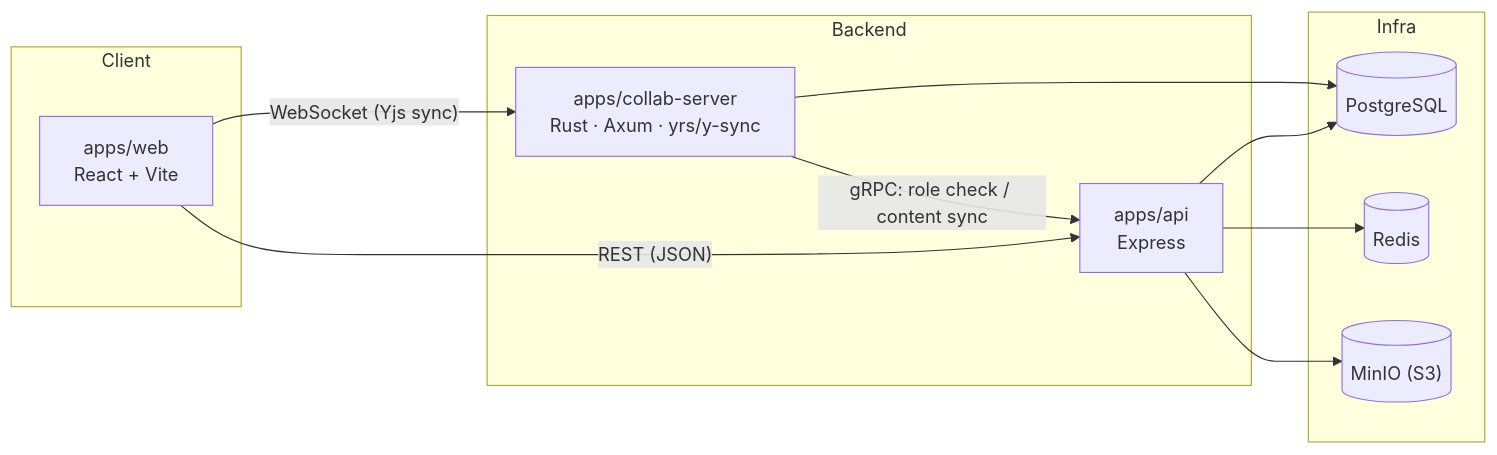
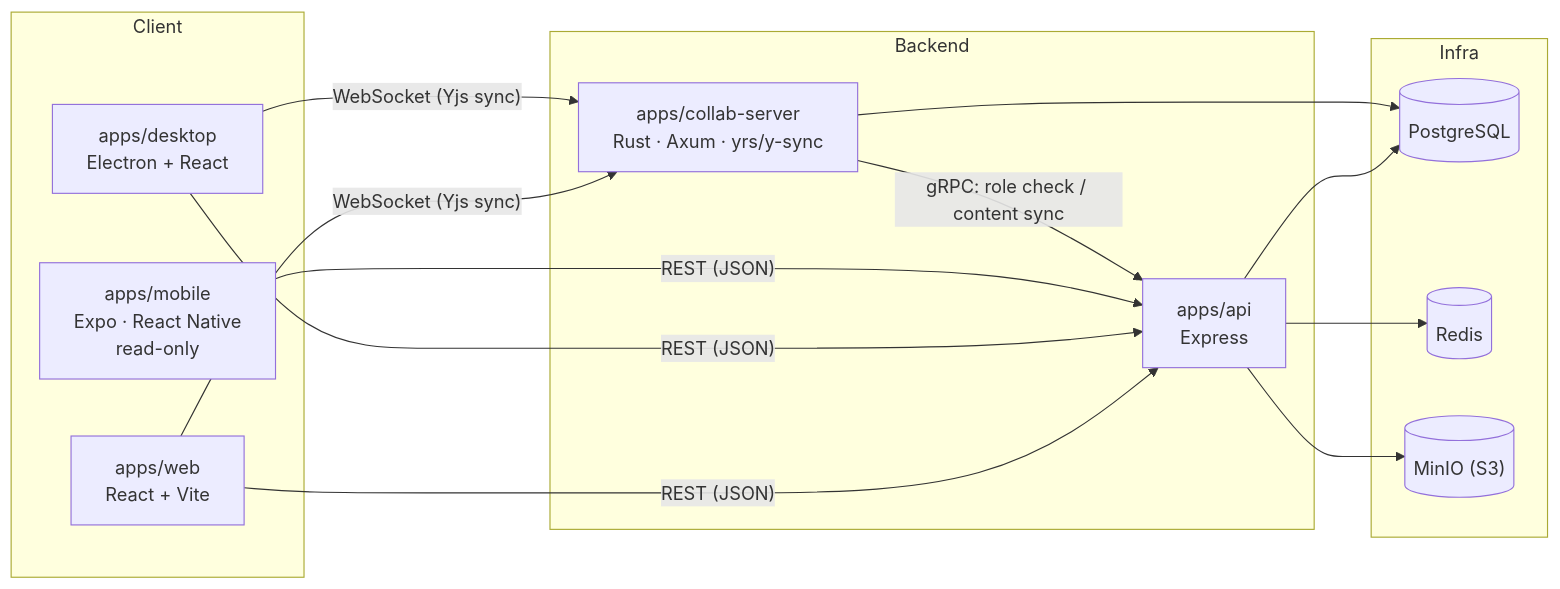
Before and after one commit to lhx-space/infra-docs: the diagram in README.md, drawn with Mermaid. The commit also changed other lines of this file and 64 other files, not shown here.

First line of the commit message:
feat(mobile): 落地 Expo 只读浏览客户端与配套后端支持

````diff
--- a/README.md
+++ b/README.md
@@ -23,26 +24,31 @@
 ```mermaid
 flowchart LR
     subgraph Client
         web["apps/web<br/>React + Vite"]
+        desktop["apps/desktop<br/>Electron + React"]
+        mobile["apps/mobile<br/>Expo · React Native<br/>read-only"]
     end
 
     subgraph Backend
         api["apps/api<br/>Express"]
         collab["apps/collab-server<br/>Rust · Axum · yrs/y-sync"]
     end
 
     subgraph Infra
         pg[("PostgreSQL")]
         redis[("Redis")]
         minio[("MinIO (S3)")]
     end
 
     web -- "REST (JSON)" --> api
+    desktop -- "REST (JSON)" --> api
+    mobile -- "REST (JSON)" --> api
     web -- "WebSocket (Yjs sync)" --> collab
+    desktop -- "WebSocket (Yjs sync)" --> collab
     collab -- "gRPC: role check / content sync" --> api
 
     api --> pg
     api --> redis
     api --> minio
     collab --> pg
 ```
````
